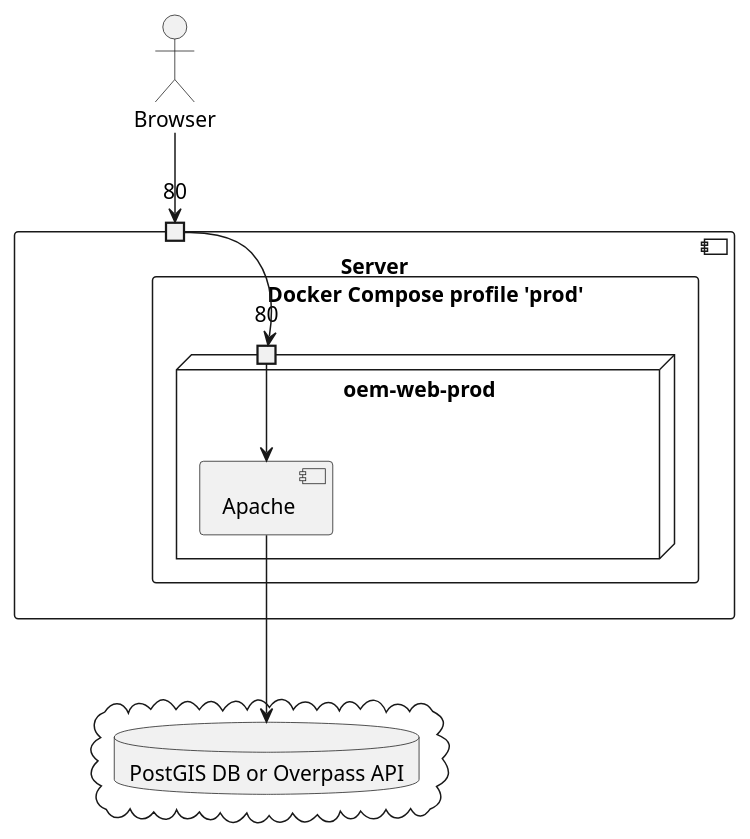
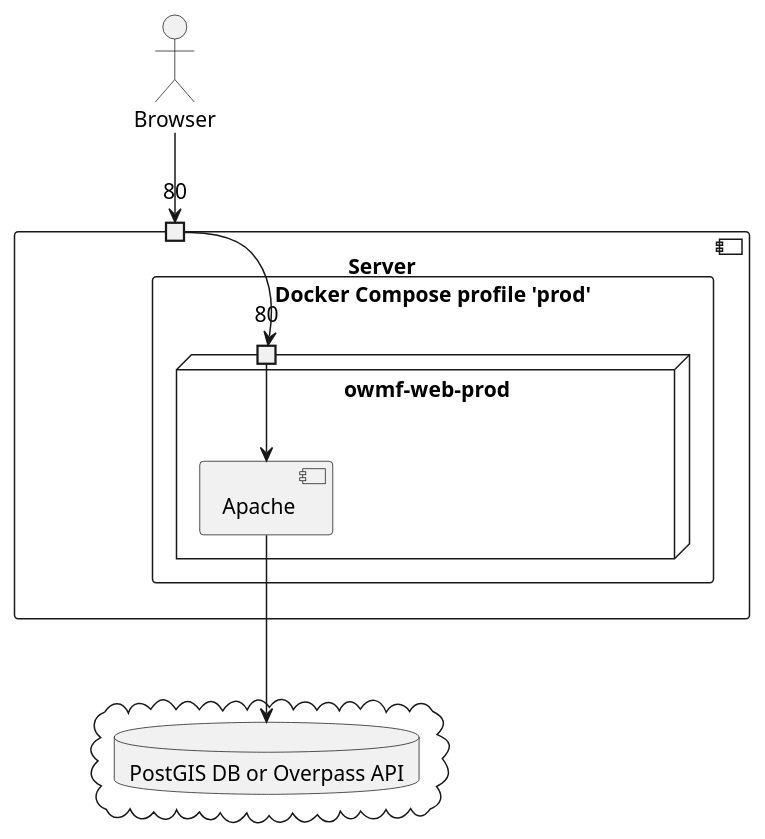
Before and after one commit to Danysan1/osm-wikidata-map-framework: the diagram in images/deployment/prod.plantuml, drawn with PlantUML. The commit also changed 14 other files, not shown here.

Commit message:
Fix oem-* prefixes to owmf-* in docker compose

```diff
--- a/images/deployment/prod.plantuml
+++ b/images/deployment/prod.plantuml
@@ -1,25 +1,25 @@
 @startuml prod
 
 actor Browser
 component Server {
   port "80" as 80docker
   rectangle "Docker Compose profile 'prod'" as docker {
-    node "oem-web-prod" {
+    node "owmf-web-prod" {
       port "80" as 80webProd
       component Apache
     }
   }
 }
 cloud {
   database "PostGIS DB or Overpass API" as db
 }
 
 Apache ---> db
 
 Browser --> 80docker
 
 80docker --> 80webProd
 
 80webProd --> Apache
 
 @enduml
```
